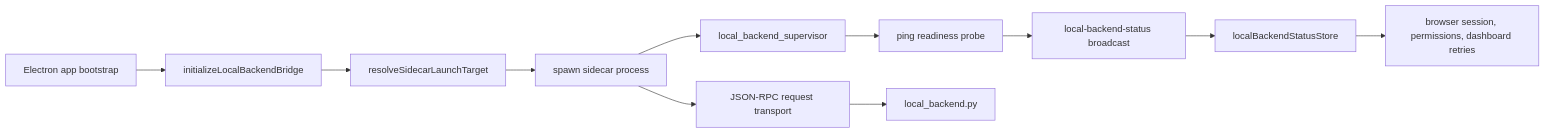
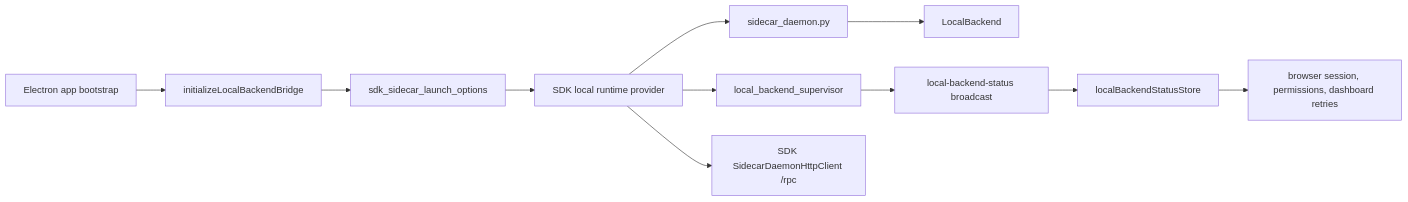
One commit to buiilding/My_Own_OpenClaw changed the diagram in docs/frontend/main/local_backend/process_lifecycle_change_workflow.md. Above: the diagram before and after it, drawn with Mermaid. The commit also changed other lines of this file and 34 other files, not shown here.

````diff
--- a/docs/frontend/main/local_backend/process_lifecycle_change_workflow.md
+++ b/docs/frontend/main/local_backend/process_lifecycle_change_workflow.md
@@ -15,13 +18,13 @@
 ```mermaid
 flowchart LR
   AppBootstrap["Electron app bootstrap"] --> BridgeInit["initializeLocalBackendBridge"]
-  BridgeInit --> LaunchTarget["resolveSidecarLaunchTarget"]
-  LaunchTarget --> Spawn["spawn sidecar process"]
-  Spawn --> Supervisor["local_backend_supervisor"]
-  Supervisor --> Readiness["ping readiness probe"]
-  Readiness --> Status["local-backend-status broadcast"]
+  BridgeInit --> LaunchOptions["sdk_sidecar_launch_options"]
+  LaunchOptions --> SDKProvider["SDK local runtime provider"]
+  SDKProvider --> Daemon["sidecar_daemon.py"]
+  Daemon --> LocalBackend["LocalBackend"]
+  SDKProvider --> Supervisor["local_backend_supervisor"]
+  Supervisor --> Status["local-backend-status broadcast"]
   Status --> RendererStore["localBackendStatusStore"]
   RendererStore --> Consumers["browser session, permissions, dashboard retries"]
-  Spawn --> Transport["JSON-RPC request transport"]
-  Transport --> Sidecar["local_backend.py"]
+  SDKProvider --> Rpc["SDK SidecarDaemonHttpClient /rpc"]
 ```
````
